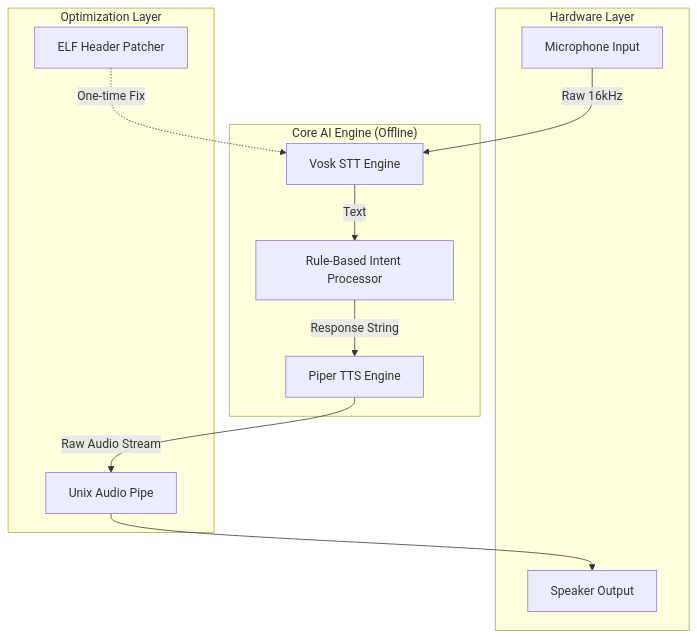
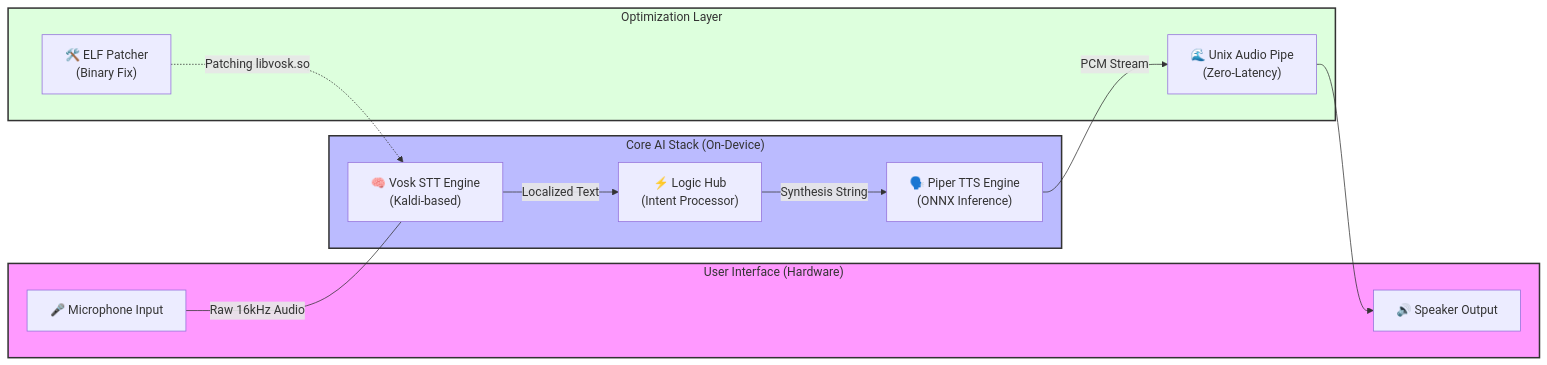
One commit to harikarthik257/hindi_assistant changed the diagram in README.md. Above: the diagram before and after it, drawn with Mermaid.

Commit message:
Docs: Fixed and enhanced architecture diagram in README

````diff
--- a/README.md
+++ b/README.md
@@ -42,25 +42,30 @@
 ```mermaid
-graph TD
-    subgraph "Hardware Layer"
-        Mic[Microphone Input]
-        Spk[Speaker Output]
+graph LR
+    subgraph Hardware ["User Interface (Hardware)"]
+        Mic["🎤 Microphone Input"]
+        Spk["🔊 Speaker Output"]
     end
 
-    subgraph "Core AI Engine (Offline)"
-        STT[Vosk STT Engine]
-        Intent[Rule-Based Intent Processor]
-        TTS[Piper TTS Engine]
+    subgraph Engine ["Core AI Stack (On-Device)"]
+        STT["🧠 Vosk STT Engine<br/>(Kaldi-based)"]
+        Intent["⚡ Logic Hub<br/>(Intent Processor)"]
+        TTS["🗣️ Piper TTS Engine<br/>(ONNX Inference)"]
     end
 
-    subgraph "Optimization Layer"
-        Patch[ELF Header Patcher]
-        Pipe[Unix Audio Pipe]
+    subgraph Optimization ["Optimization Layer"]
+        Patch["🛠️ ELF Patcher<br/>(Binary Fix)"]
+        Pipe["🌊 Unix Audio Pipe<br/>(Zero-Latency)"]
     end
 
-    Mic -->|Raw 16kHz| STT
-    STT -->|Text| Intent
-    Intent -->|Response String| TTS
-    TTS -->|Raw Audio Stream| Pipe
+    Mic ---|Raw 16kHz Audio| STT
+    STT -->|Localized Text| Intent
+    Intent -->|Synthesis String| TTS
+    TTS -->|PCM Stream| Pipe
     Pipe --> Spk
-    Patch -.->|One-time Fix| STT
+    
+    Patch -.->|Patching libvosk.so| STT
+    
+    style Hardware fill:#f9f,stroke:#333,stroke-width:2px
+    style Engine fill:#bbf,stroke:#333,stroke-width:2px
+    style Optimization fill:#dfd,stroke:#333,stroke-width:2px
 ```
````
